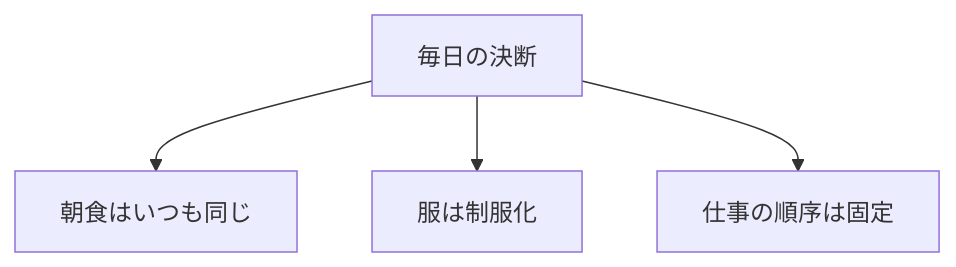
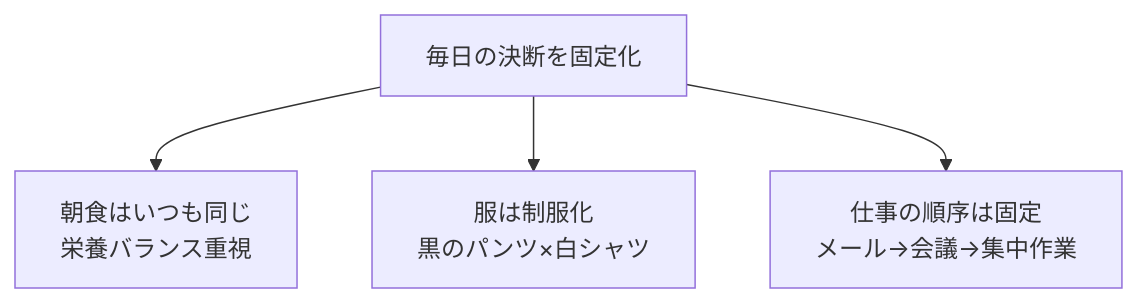
One commit to tndg16-bot/portfolio-site changed the second of 4 diagrams in content/blog/294-choice-minimization-decision-energy.md. Above: the diagram before and after it, drawn with Mermaid. The commit also changed other lines of this file and 19 other files, not shown here.

````diff
--- a/content/blog/294-choice-minimization-decision-energy.md
+++ b/content/blog/294-choice-minimization-decision-energy.md
@@ -51,7 +52,7 @@
 ```mermaid
 graph TD
-    A[毎日の決断]
-    A --> B[朝食はいつも同じ]
-    A --> C[服は制服化]
-    A --> D[仕事の順序は固定]
+    A[毎日の決断を固定化]
+    A --> B[朝食はいつも同じ<br/>栄養バランス重視]
+    A --> C[服は制服化<br/>黒のパンツ×白シャツ]
+    A --> D[仕事の順序は固定<br/>メール→会議→集中作業]
 ```
````
